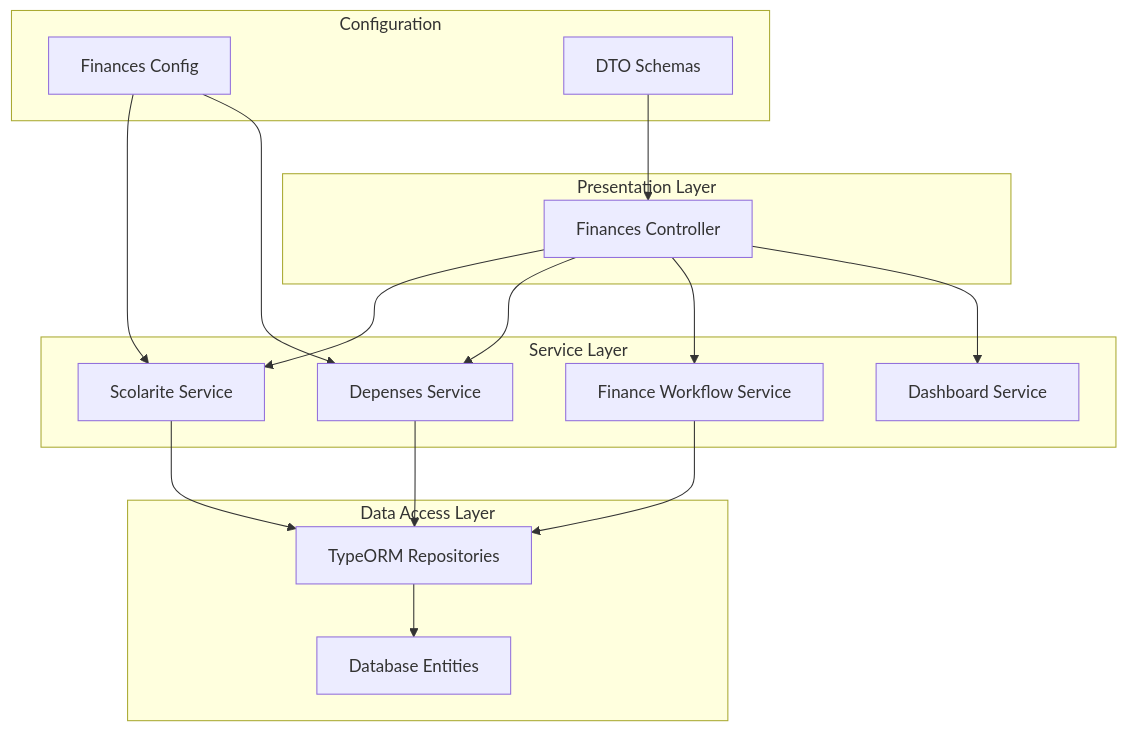
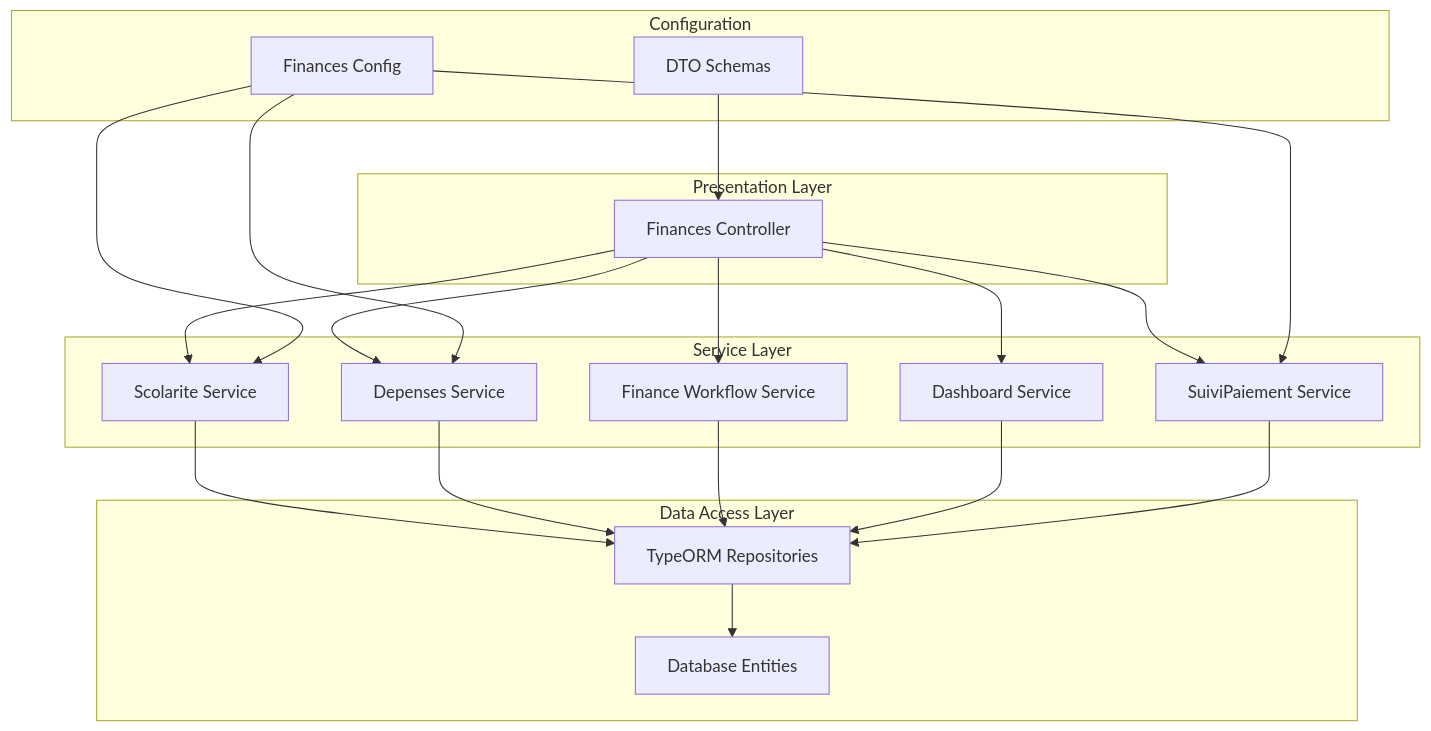
One commit to franckylab/eLISAschool changed the first of 12 diagrams in .qoder/repowiki/en/content/Modules & Features/Administrative Modules/Financial Management Module.md. Above: the diagram before and after it, drawn with Mermaid. The commit also changed other lines of this file and 433 other files, not shown here.

````diff
--- a/.qoder/repowiki/en/content/Modules & Features/Administrative Modules/Financial Management Module.md
+++ b/.qoder/repowiki/en/content/Modules & Features/Administrative Modules/Financial Management Module.md
@@ -44,31 +58,36 @@
 ```mermaid
 graph TB
 subgraph "Presentation Layer"
 Controller[Finances Controller]
 end
 subgraph "Service Layer"
 ScolariteService[Scolarite Service]
 DepensesService[Depenses Service]
 WorkflowService[Finance Workflow Service]
 DashboardService[Dashboard Service]
+SuiviService[SuiviPaiement Service]
 end
 subgraph "Data Access Layer"
 Repositories[TypeORM Repositories]
 Entities[Database Entities]
 end
 subgraph "Configuration"
 Config[Finances Config]
 DTOs[DTO Schemas]
 end
 Controller --> ScolariteService
 Controller --> DepensesService
 Controller --> WorkflowService
 Controller --> DashboardService
+Controller --> SuiviService
 ScolariteService --> Repositories
 DepensesService --> Repositories
 WorkflowService --> Repositories
+DashboardService --> Repositories
+SuiviService --> Repositories
 Repositories --> Entities
 Config --> ScolariteService
 Config --> DepensesService
+Config --> SuiviService
 DTOs --> Controller
 ```
````
